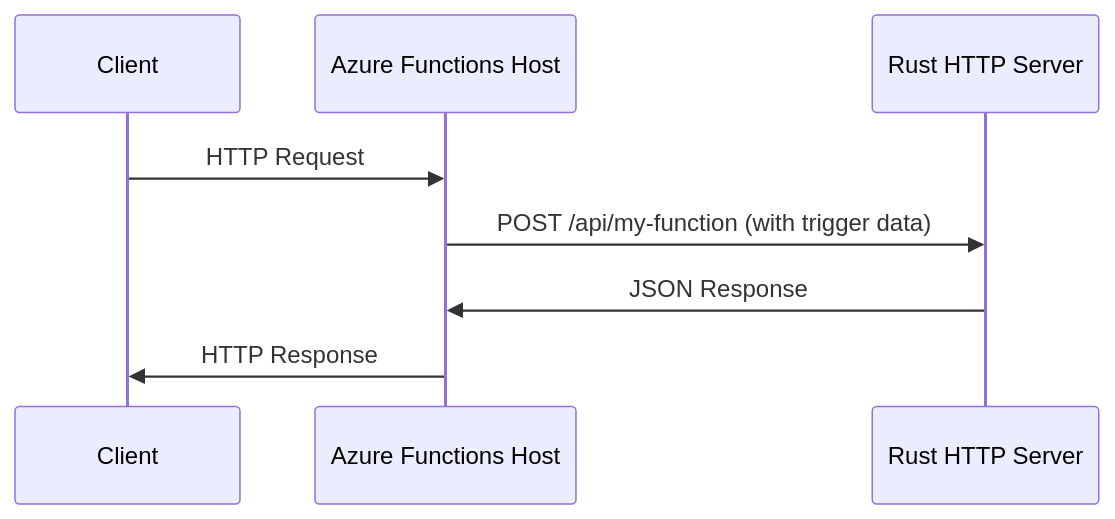
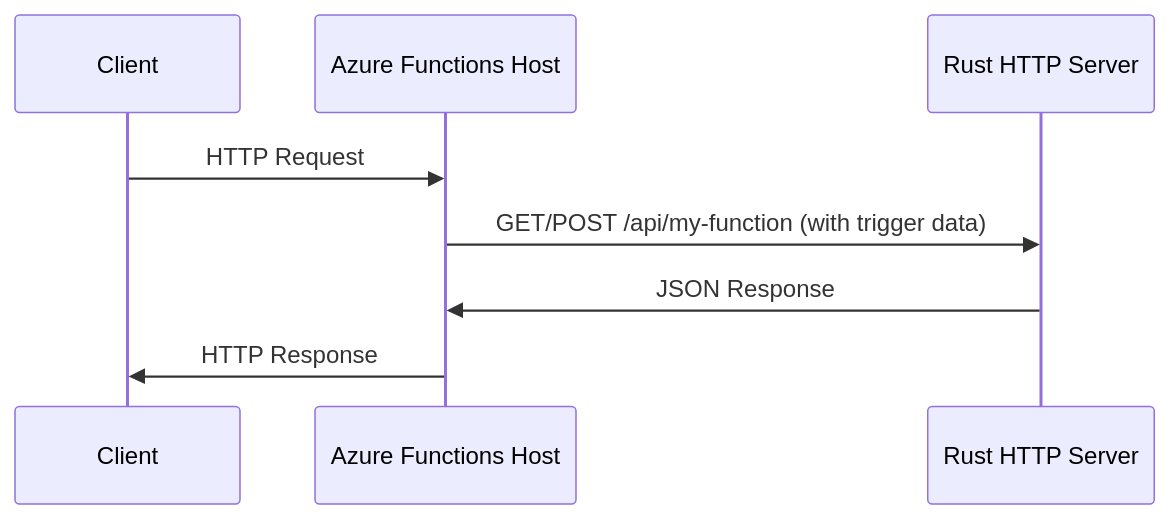
One commit to OneUptime/blog changed the diagram in posts/2026-02-16-how-to-create-azure-functions-custom-handlers-in-rust/README.md. Above: the diagram before and after it, drawn with Mermaid. The commit also changed other lines of this file and 2 other files, not shown here.

Commit message:
validate: 2026-02-16-how-to-create-azure-functions-custom-handlers-in-rust

````diff
--- a/posts/2026-02-16-how-to-create-azure-functions-custom-handlers-in-rust/README.md
+++ b/posts/2026-02-16-how-to-create-azure-functions-custom-handlers-in-rust/README.md
@@ -19,10 +19,10 @@
 ```mermaid
 sequenceDiagram
     participant Client
     participant FunctionsHost as Azure Functions Host
     participant RustServer as Rust HTTP Server
     Client->>FunctionsHost: HTTP Request
-    FunctionsHost->>RustServer: POST /api/my-function (with trigger data)
+    FunctionsHost->>RustServer: GET/POST /api/my-function (with trigger data)
     RustServer->>FunctionsHost: JSON Response
     FunctionsHost->>Client: HTTP Response
 ```
````
